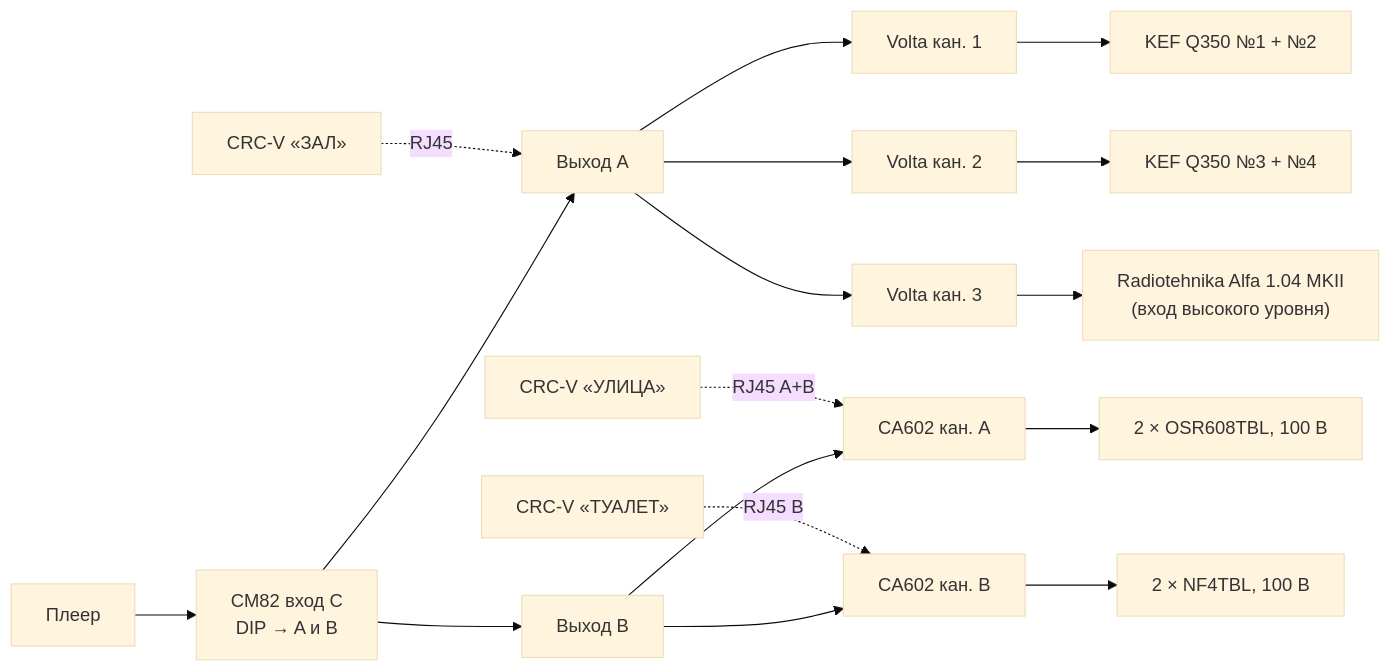
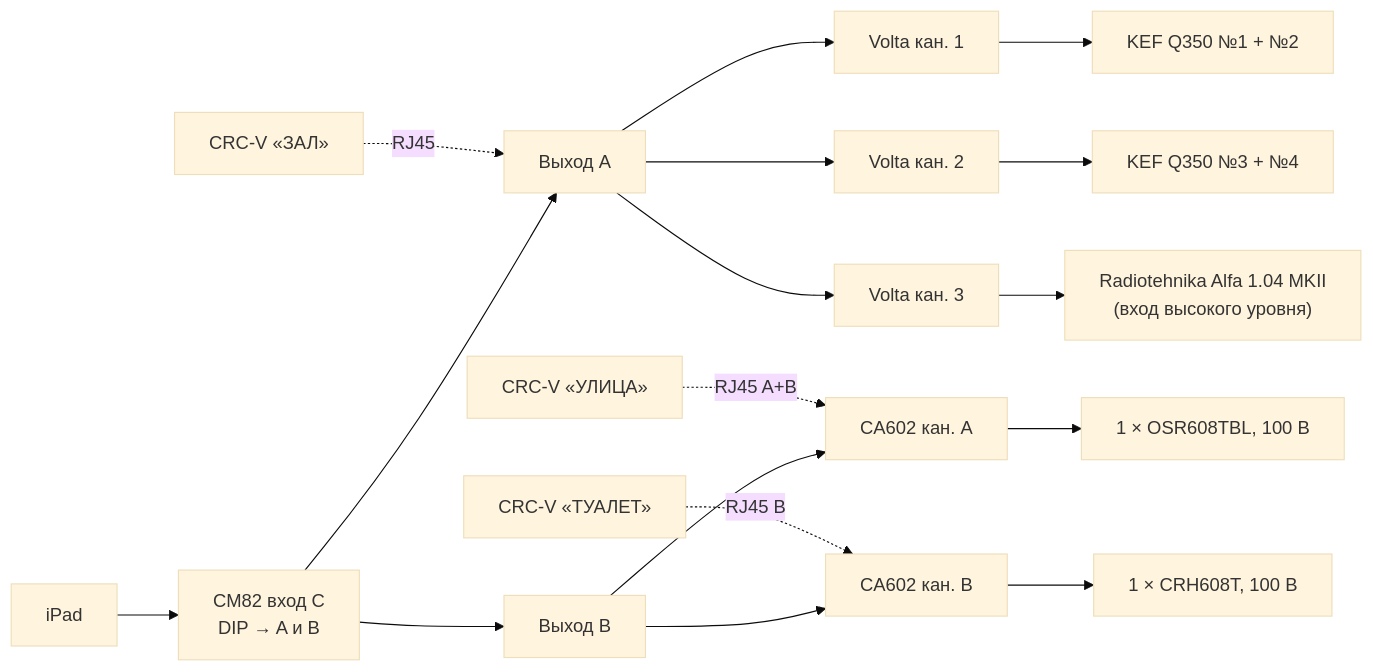
Before and after one commit to olegoviccc/teplica: the diagram in sound/A-kef-volta-sub/README.md, drawn with Mermaid (base theme). The commit also changed other lines of this file and 22 other files, not shown here.

````diff
--- a/sound/A-kef-volta-sub/README.md
+++ b/sound/A-kef-volta-sub/README.md
@@ -46,14 +48,14 @@
 ```mermaid
 flowchart LR
-    PL["Плеер"] --> C["CM82 вход C<br/>DIP → A и B"]
+    PL["iPad"] --> C["CM82 вход C<br/>DIP → A и B"]
     C --> OA["Выход A"]
     C --> OB["Выход B"]
     OA --> V1["Volta кан. 1"] --> P1["KEF Q350 №1 + №2"]
     OA --> V2["Volta кан. 2"] --> P2["KEF Q350 №3 + №4"]
     OA --> V3["Volta кан. 3"] --> SUB["Radiotehnika Alfa 1.04 MKII<br/>(вход высокого уровня)"]
-    OB --> CA["CA602 кан. A"] --> ST["2 × OSR608TBL, 100 В"]
-    OB --> CB["CA602 кан. B"] --> WC["2 × NF4TBL, 100 В"]
+    OB --> CA["CA602 кан. A"] --> ST["1 × OSR608TBL, 100 В"]
+    OB --> CB["CA602 кан. B"] --> WC["1 × CRH608T, 100 В"]
     RZ["CRC-V «ЗАЛ»"] -. RJ45 .-> OA
     RS["CRC-V «УЛИЦА»"] -. "RJ45 A+B" .-> CA
     RT["CRC-V «ТУАЛЕТ»"] -. "RJ45 B" .-> CB
 ```
````
